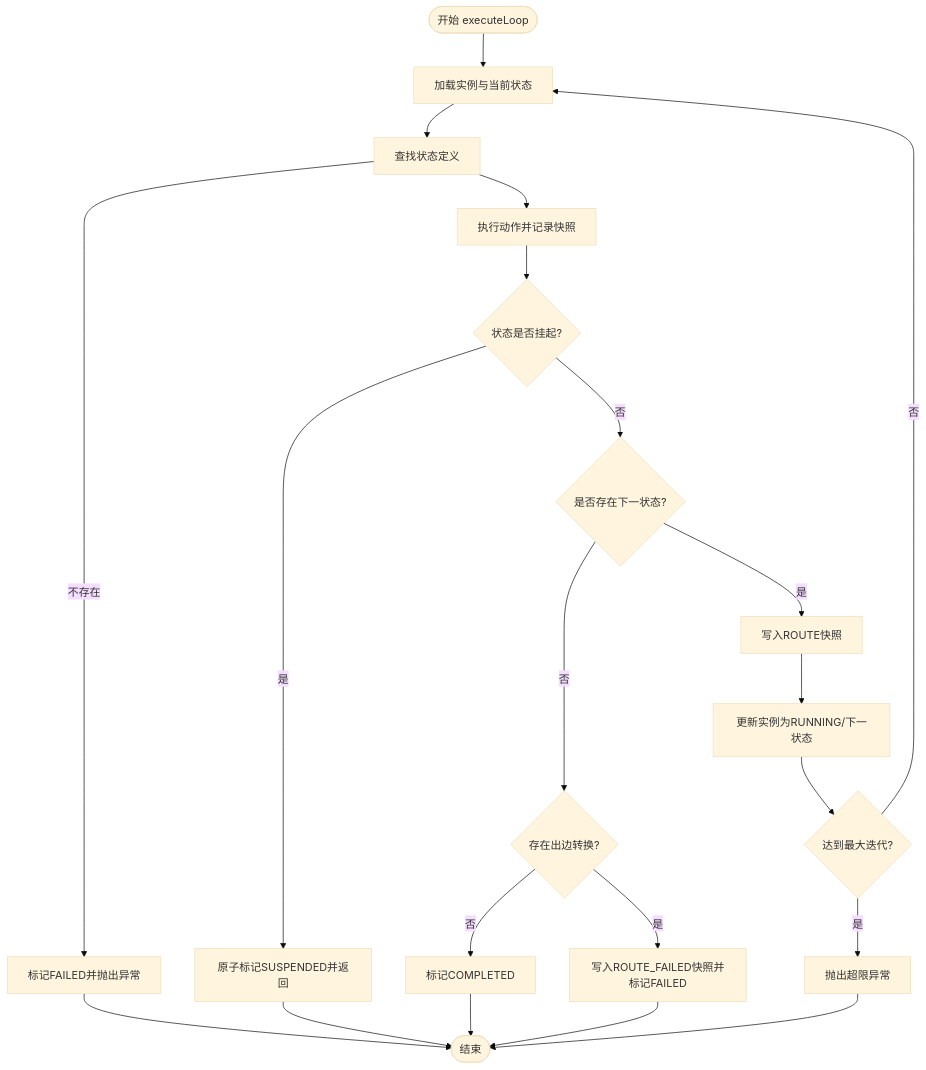
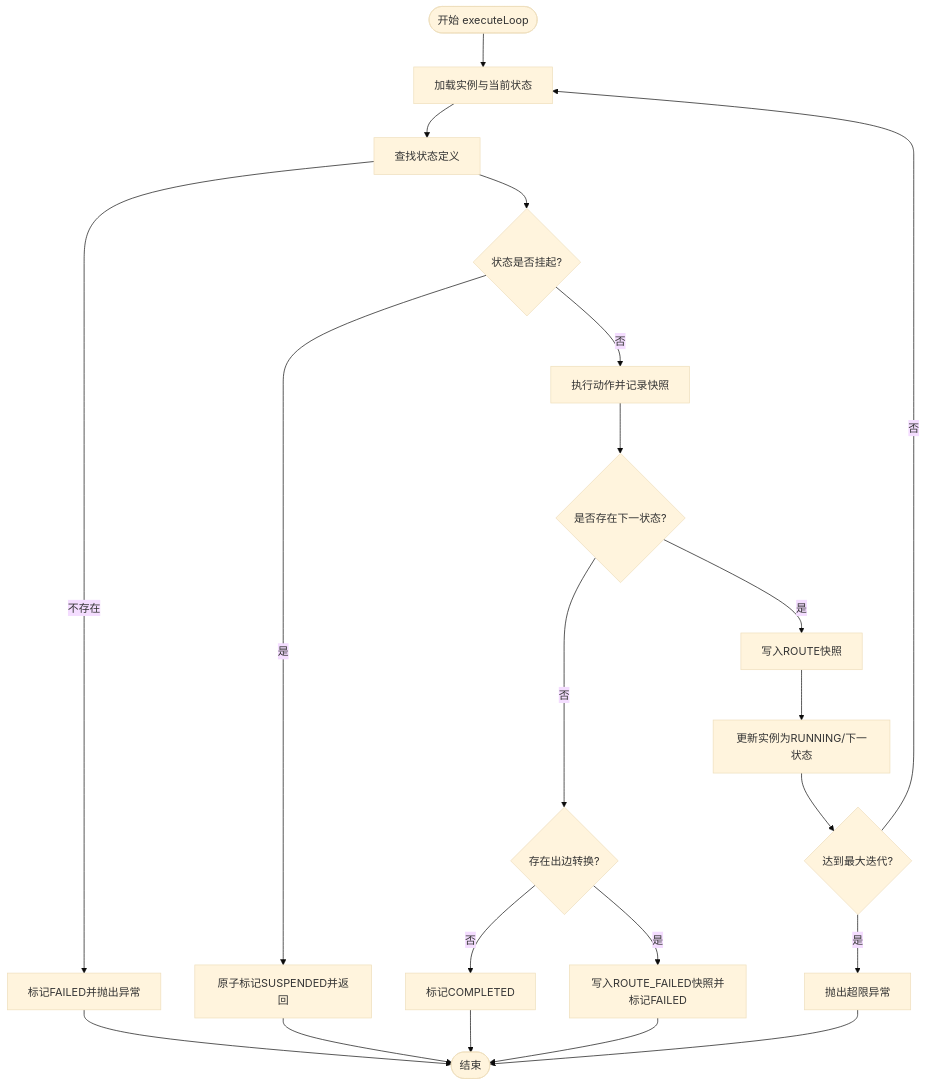
The third of 6 diagrams in .qoder/repowiki/zh/content/执行引擎/执行引擎.md (xiaoche80s-tech/state-machine-parent), drawn with Mermaid (base theme) before and after one commit. The commit also changed other lines of this file and 17 other files, not shown here.

````diff
--- a/.qoder/repowiki/zh/content/执行引擎/执行引擎.md
+++ b/.qoder/repowiki/zh/content/执行引擎/执行引擎.md
@@ -187,23 +215,23 @@
 ```mermaid
 flowchart TD
 Start(["开始 executeLoop"]) --> Load["加载实例与当前状态"]
 Load --> FindState["查找状态定义"]
 FindState --> |不存在| FailState["标记FAILED并抛出异常"]
-FindState --> ExecAction["执行动作并记录快照"]
-ExecAction --> Susp{"状态是否挂起?"}
+FindState --> Susp{"状态是否挂起?"}
 Susp --> |是| MarkSuspend["原子标记SUSPENDED并返回"]
-Susp --> |否| NextQ{"是否存在下一状态?"}
+Susp --> |否| ExecAction["执行动作并记录快照"]
+ExecAction --> NextQ{"是否存在下一状态?"}
 NextQ --> |是| SaveRoute["写入ROUTE快照"]
 SaveRoute --> UpdateRun["更新实例为RUNNING/下一状态"]
 UpdateRun --> LoopCheck{"达到最大迭代?"}
 NextQ --> |否| RouteFailed{"存在出边转换?"}
 RouteFailed --> |是| SaveRouteFail["写入ROUTE_FAILED快照并标记FAILED"]
 RouteFailed --> |否| MarkDone["标记COMPLETED"]
 LoopCheck --> |是| Exceed["抛出超限异常"]
 LoopCheck --> |否| Load
 FailState --> End(["结束"])
 MarkSuspend --> End
 MarkDone --> End
 SaveRouteFail --> End
 Exceed --> End
 ```
````
